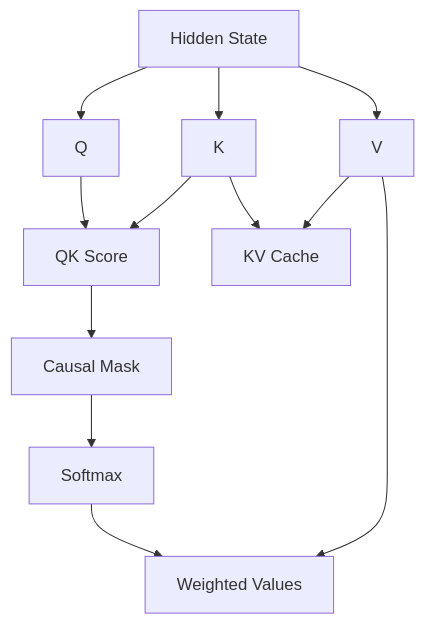
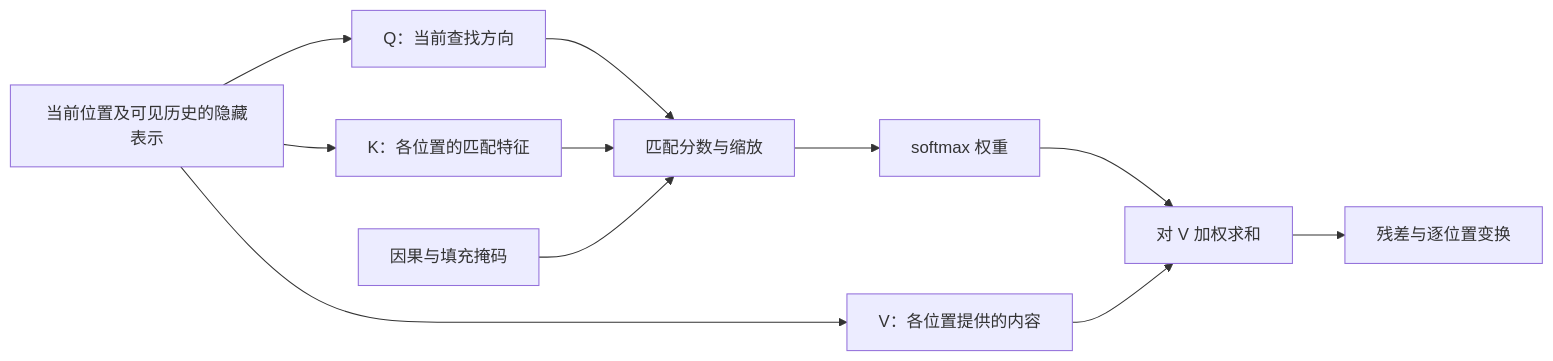
The second of 5 diagrams in curriculum/07-llm-foundation/review/README.md (studyzhige-ui/ai-application-interview-handbook), drawn with Mermaid before and after one commit. The commit also changed other lines of this file and 23 other files, not shown here.

````diff
--- a/curriculum/07-llm-foundation/review/README.md
+++ b/curriculum/07-llm-foundation/review/README.md
@@ -64,14 +31,13 @@
 ```mermaid
-flowchart TD
-    X["Hidden State"] --> Q["Q"]
-    X --> K["K"]
-    X --> V["V"]
-    Q --> S["QK Score"]
+flowchart LR
+    X[当前位置及可见历史的隐藏表示] --> Q[Q：当前查找方向]
+    X --> K[K：各位置的匹配特征]
+    X --> V[V：各位置提供的内容]
+    Q --> S[匹配分数与缩放]
     K --> S
-    S --> M["Causal Mask"]
-    M --> P["Softmax"]
-    P --> O["Weighted Values"]
+    M[因果与填充掩码] --> S
+    S --> P[softmax 权重]
+    P --> O[对 V 加权求和]
     V --> O
-    K --> C["KV Cache"]
-    V --> C
+    O --> R[残差与逐位置变换]
 ```
````
